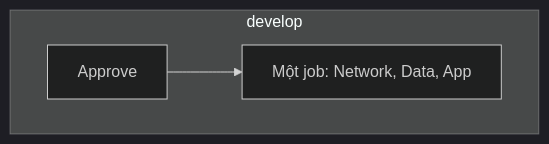
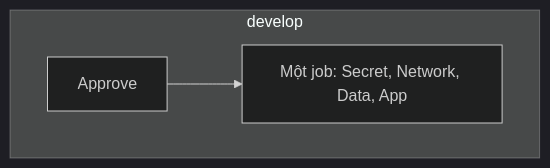
One commit to qlap04/KRT-run-infra changed the second of 3 diagrams in docs/SETUP_vi.md. Above: the diagram before and after it, drawn with Mermaid (dark theme). The commit also changed other lines of this file and 3 other files, not shown here.

````diff
--- a/docs/SETUP_vi.md
+++ b/docs/SETUP_vi.md
@@ -68,6 +71,6 @@
 ```mermaid
 flowchart TD
   subgraph develop
-    D1[Approve] --> D2["Một job: Network, Data, App"]
+    D1[Approve] --> D2["Một job: Secret, Network, Data, App"]
   end
 ```
````
